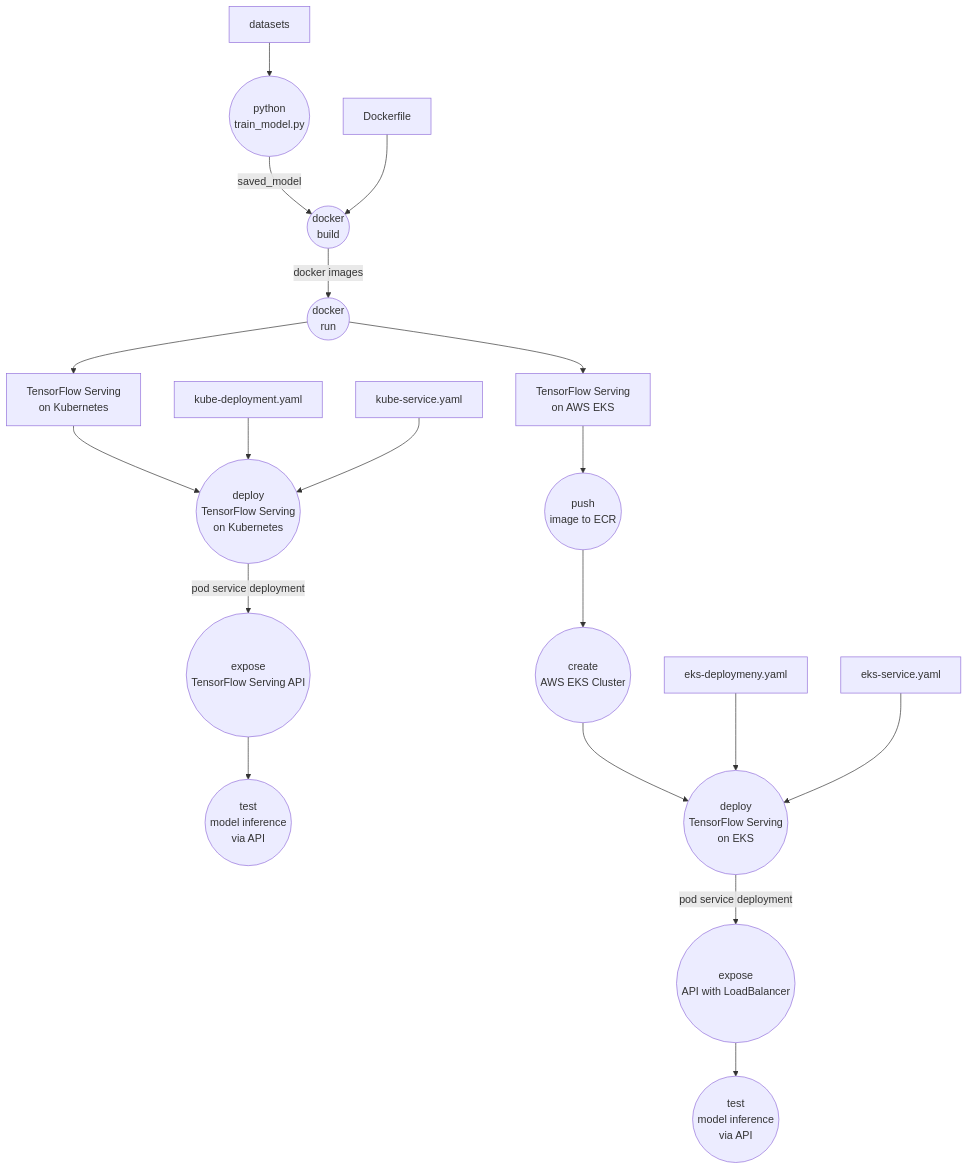
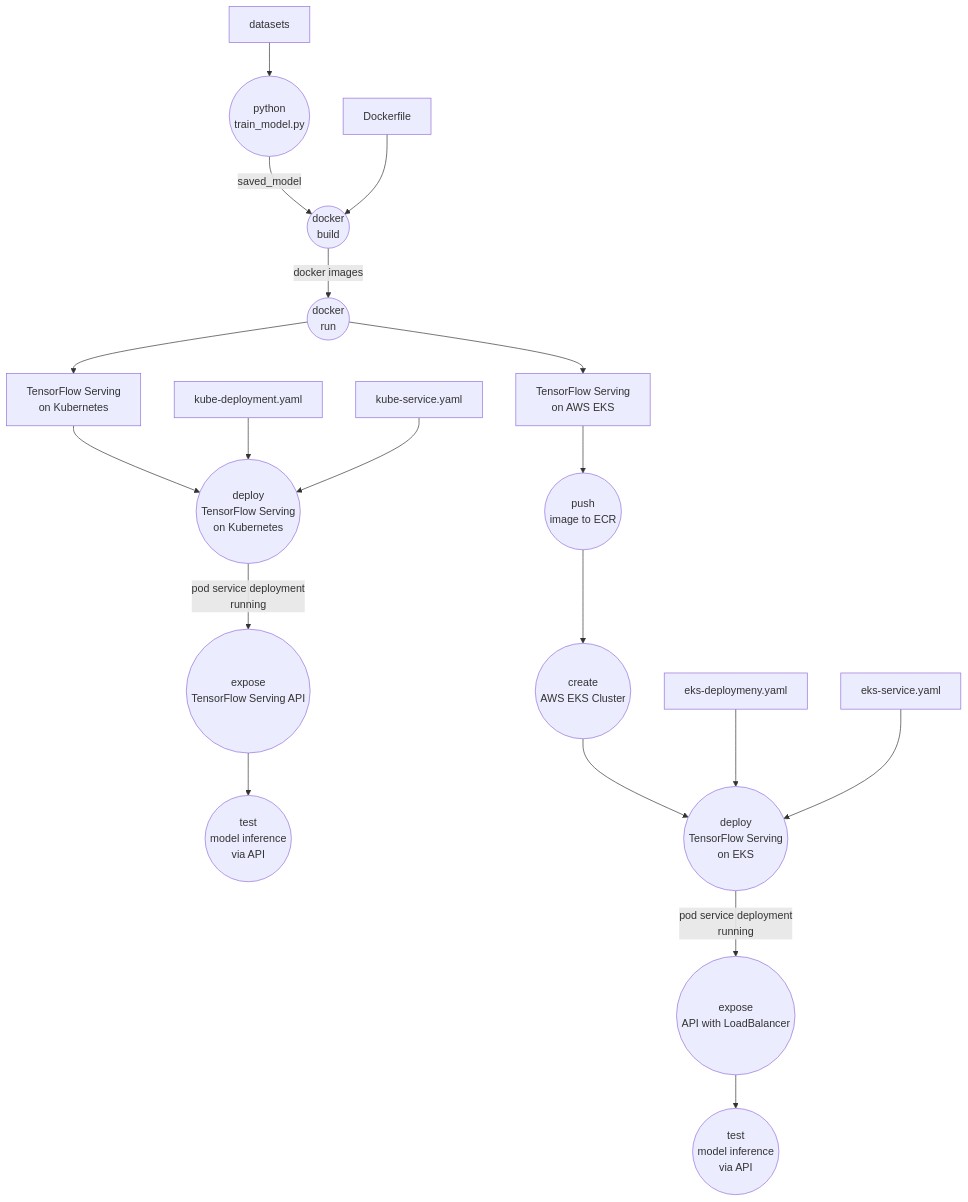
One commit to ketut-garjita/E-Commerce-Engagement-ML changed the diagram in README.md. Above: the diagram before and after it, drawn with Mermaid.

````diff
--- a/README.md
+++ b/README.md
@@ -113,40 +113,42 @@
 ```mermaid
 graph TD
     A((python
 train_model.py)) --> | saved_model | B((docker
 build))
     B --> | docker images | C((docker
 run))
     C --> D1[TensorFlow Serving 
 on Kubernetes]
     C --> D2[TensorFlow Serving 
 on AWS EKS]
     
     D1 --> E1((deploy
 TensorFlow Serving
 on Kubernetes))
-    E1 --> | pod service deployment | F1((expose
+    E1 --> | pod service deployment
+running | F1((expose
 TensorFlow Serving API))
     F1 --> G1((test 
 model inference
 via API))
 
     D2 --> E2((push
 image to ECR))
     E2 --> F2((create
 AWS EKS Cluster))
     F2 --> G2((deploy 
 TensorFlow Serving
 on EKS))
-    G2 --> | pod service deployment | H2((expose
+    G2 --> | pod service deployment
+running | H2((expose
 API with LoadBalancer))
     H2 --> I2((test 
 model inference
 via API))
 datasets --> A
 Dockerfile --> B
 kube-deployment.yaml --> E1
 kube-service.yaml --> E1
 eks-deploymeny.yaml --> G2
 eks-service.yaml --> G2
 ```
````
